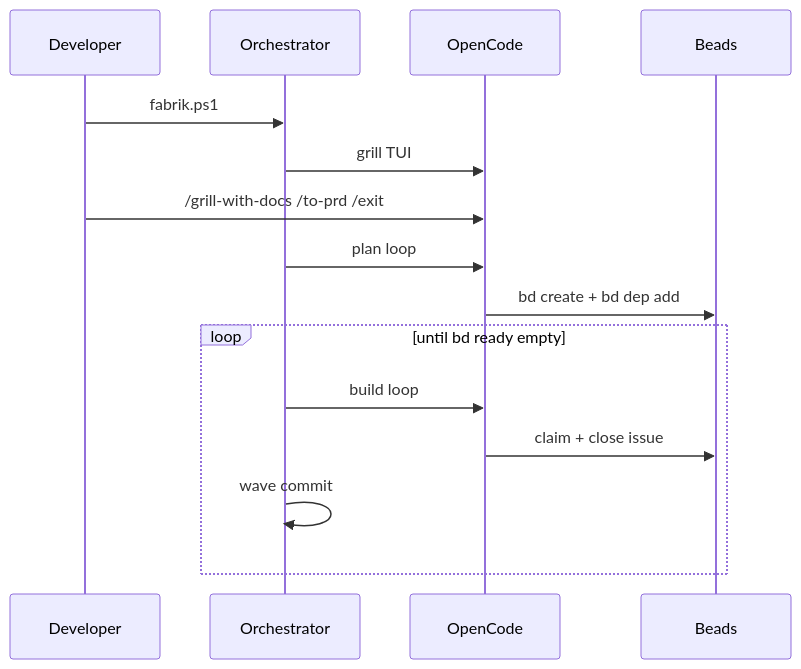
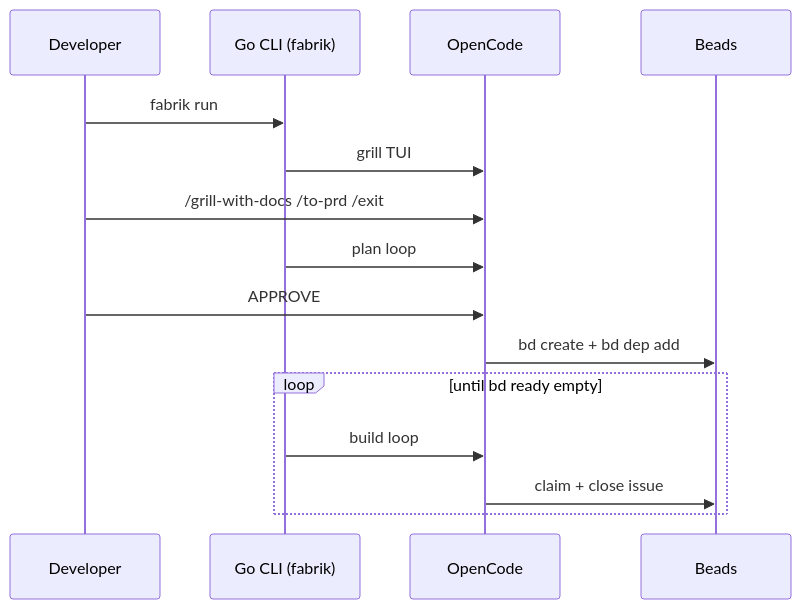
Before and after one commit to ur-wesley/fabrik: the diagram in PLAYBOOK.md, drawn with Mermaid. The commit also changed other lines of this file and 7 other files, not shown here.

````diff
--- a/PLAYBOOK.md
+++ b/PLAYBOOK.md
@@ -65,18 +52,18 @@
 ```mermaid
 sequenceDiagram
     participant Dev as Developer
-    participant Orch as Orchestrator
+    participant Orch as Go CLI (fabrik)
     participant OC as OpenCode
     participant BD as Beads
 
-    Dev->>Orch: fabrik.ps1
+    Dev->>Orch: fabrik run
     Orch->>OC: grill TUI
     Dev->>OC: /grill-with-docs /to-prd /exit
     Orch->>OC: plan loop
+    Dev->>OC: APPROVE
     OC->>BD: bd create + bd dep add
     loop until bd ready empty
         Orch->>OC: build loop
         OC->>BD: claim + close issue
-        Orch->>Orch: wave commit
     end
 ```
````
